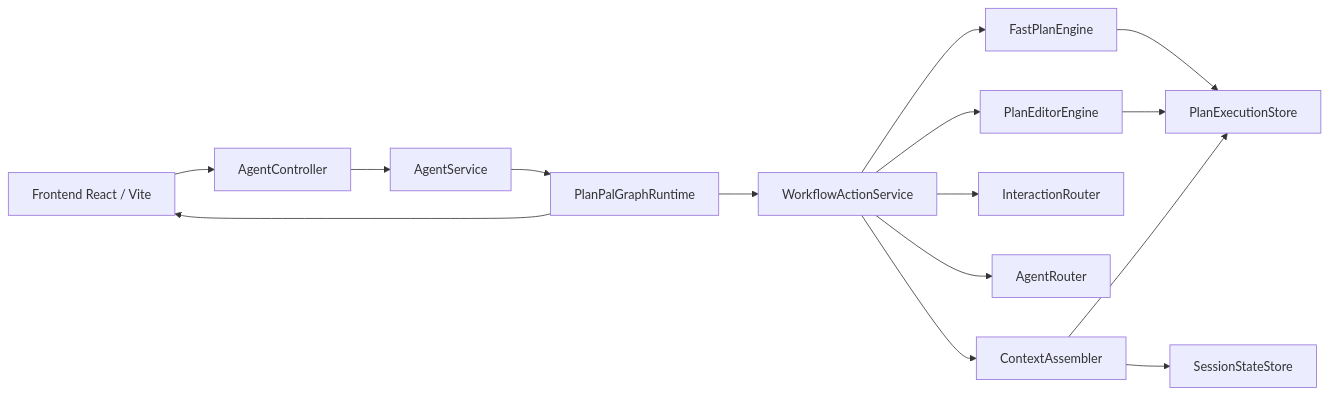
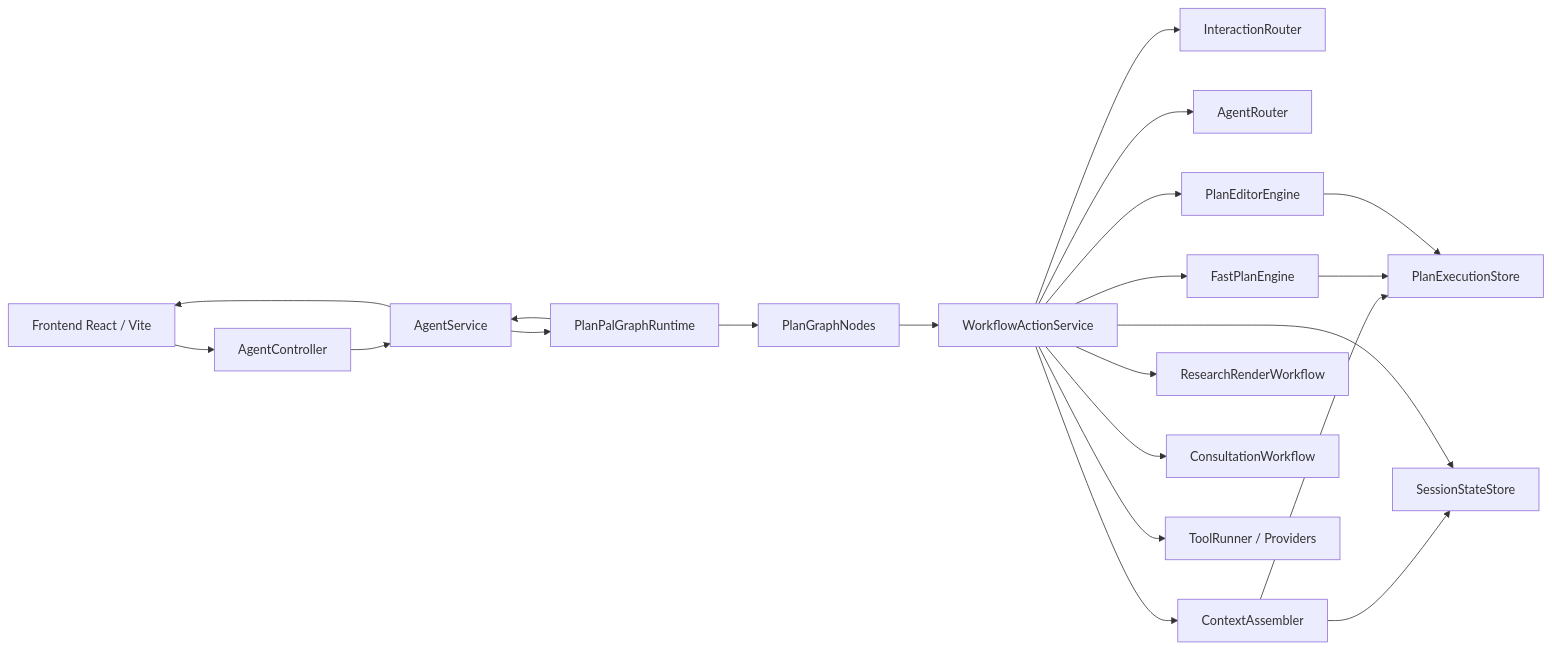
The first of 4 diagrams in docs/INTERACTION_ROUTING_ARCHITECTURE.md (zenojor/plan-pal), drawn with Mermaid before and after one commit. The commit also changed other lines of this file and 46 other files, not shown here.

````diff
--- a/docs/INTERACTION_ROUTING_ARCHITECTURE.md
+++ b/docs/INTERACTION_ROUTING_ARCHITECTURE.md
@@ -7,28 +7,35 @@
 ```mermaid
 flowchart LR
-  FE[Frontend React / Vite]
-  API[AgentController]
-  SVC[AgentService]
-  GRT[PlanPalGraphRuntime]
-  WA[WorkflowActionService]
-  FP[FastPlanEngine]
-  PE[PlanEditorEngine]
-  IR[InteractionRouter]
-  AR[AgentRouter]
-  CA[ContextAssembler]
-  ES[PlanExecutionStore]
-  SS[SessionStateStore]
+  FE["Frontend React / Vite"]
+  API["AgentController"]
+  SVC["AgentService"]
+  GRT["PlanPalGraphRuntime"]
+  NODES["PlanGraphNodes"]
+  WA["WorkflowActionService"]
+  IR["InteractionRouter"]
+  AR["AgentRouter"]
+  CA["ContextAssembler"]
+  FP["FastPlanEngine"]
+  PE["PlanEditorEngine"]
+  RR["ResearchRenderWorkflow"]
+  CW["ConsultationWorkflow"]
+  ES["PlanExecutionStore"]
+  SS["SessionStateStore"]
+  TOOLS["ToolRunner / Providers"]
 
-  FE --> API --> SVC --> GRT
-  GRT --> WA
-  WA --> FP
-  WA --> PE
+  FE --> API --> SVC --> GRT --> NODES --> WA
   WA --> IR
   WA --> AR
   WA --> CA
+  WA --> FP
+  WA --> PE
+  WA --> RR
+  WA --> CW
+  WA --> TOOLS
   CA --> ES
   CA --> SS
   FP --> ES
   PE --> ES
-  GRT --> FE
+  WA --> SS
+  GRT --> SVC --> FE
 ```
````
